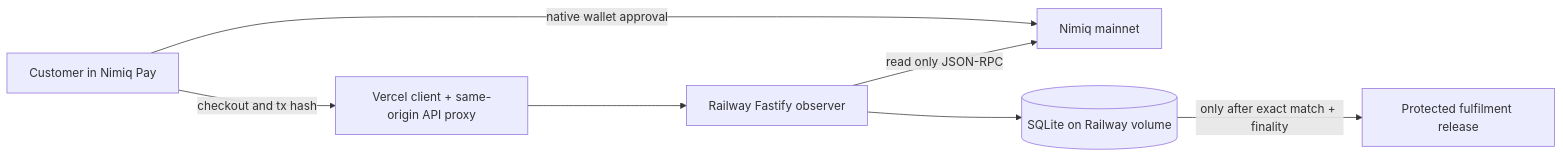
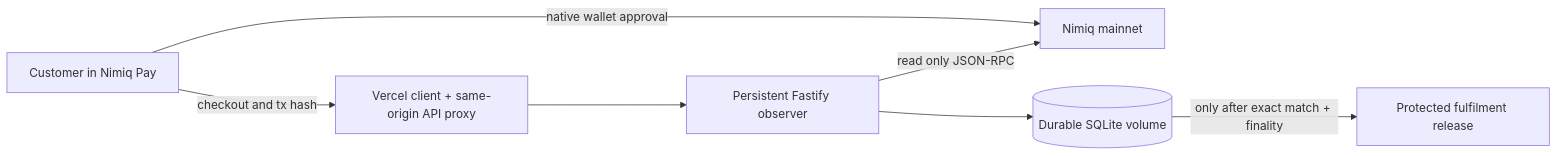
The diagram in README.md (gnanam1990/nimiq-orderseal), drawn with Mermaid before and after one commit. The commit also changed other lines of this file and 5 other files, not shown here.

````diff
--- a/README.md
+++ b/README.md
@@ -32,9 +32,9 @@
 ```mermaid
 flowchart LR
   C[Customer in Nimiq Pay] -->|native wallet approval| N[Nimiq mainnet]
   C -->|checkout and tx hash| V[Vercel client + same-origin API proxy]
-  V --> R[Railway Fastify observer]
+  V --> R[Persistent Fastify observer]
   R -->|read only JSON-RPC| N
-  R --> D[(SQLite on Railway volume)]
+  R --> D[(Durable SQLite volume)]
   D -->|only after exact match + finality| F[Protected fulfilment release]
 ```
````
